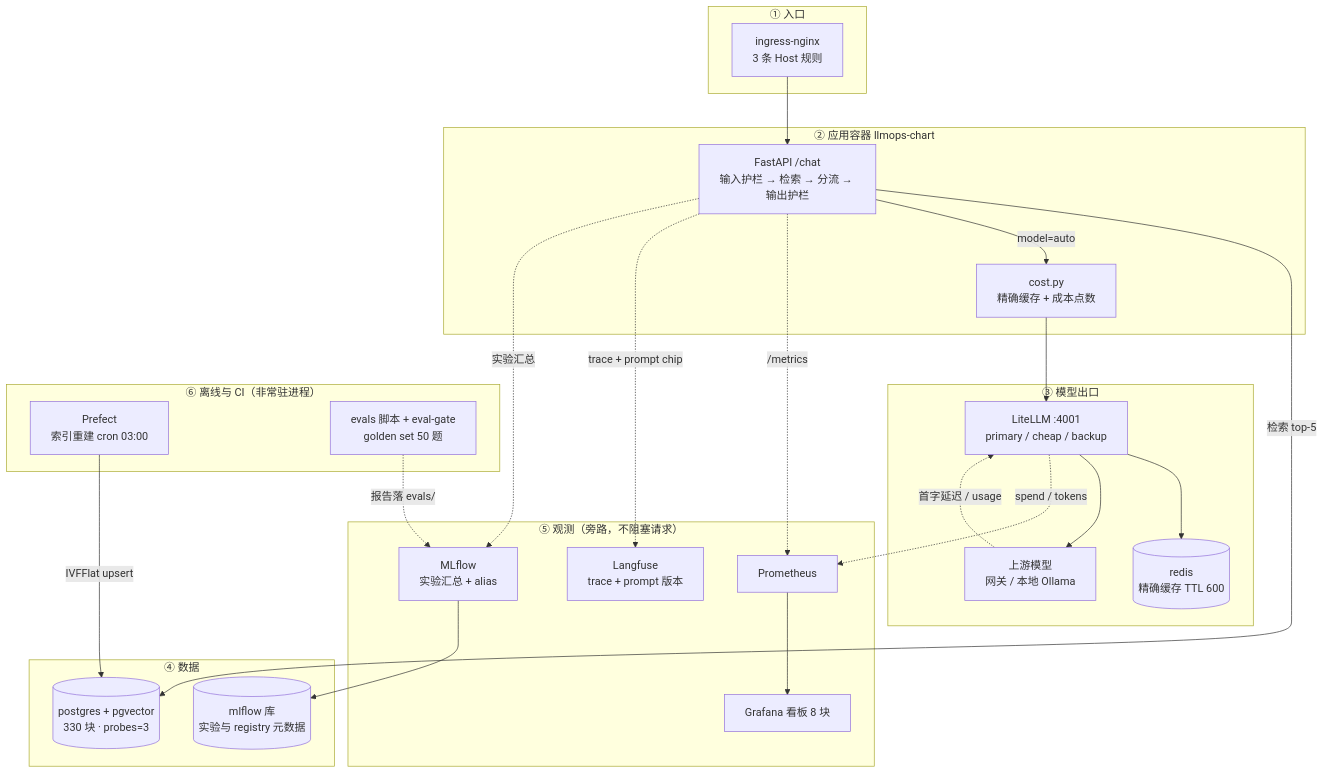
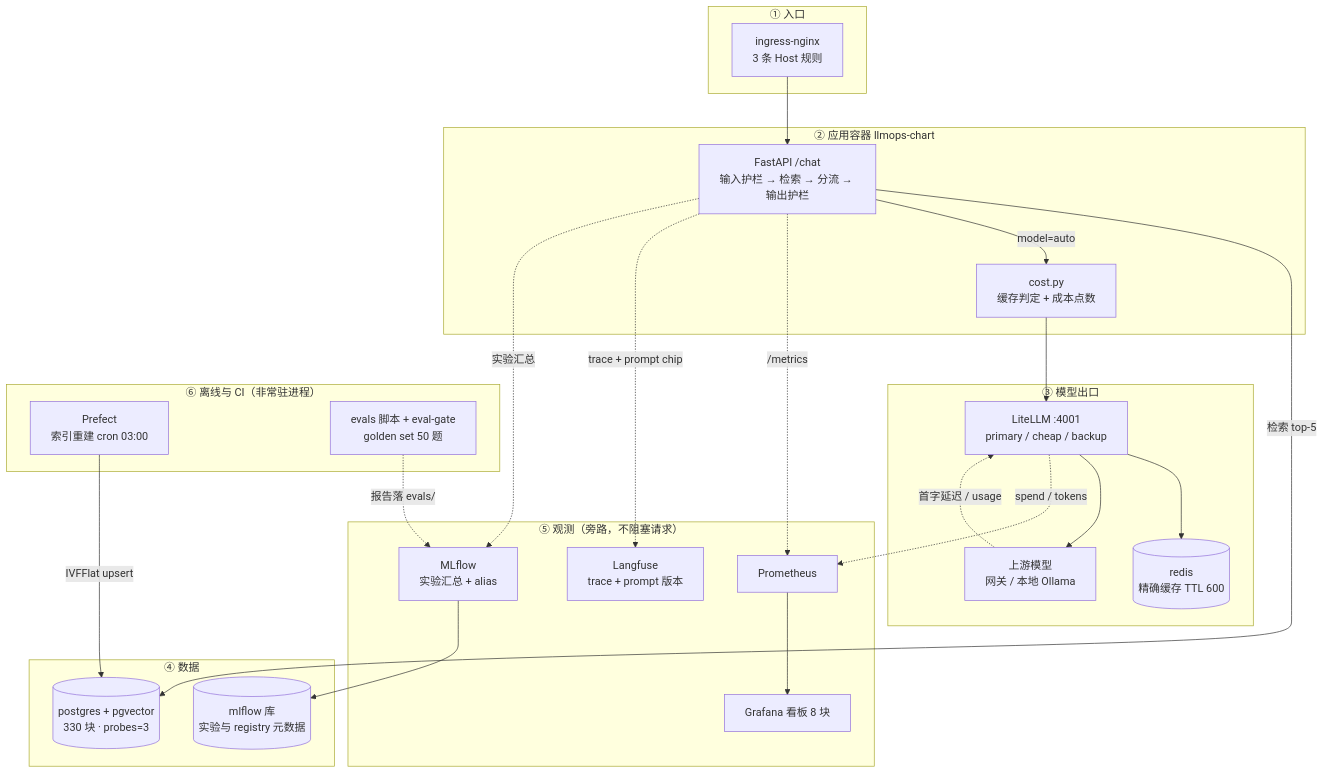
The second of 2 diagrams in docs/ARCHITECTURE.md (mantou2046/LLMOps-Engineer), drawn with Mermaid before and after one commit. The commit also changed other lines of this file and 2 other files, not shown here.

Commit message:
docs(w8d1): 架构图按目检修订 v4.1（决策拆表 D1-D8 / 主链路加重 / 旁路降淡 / 横排标签）

````diff
--- a/docs/ARCHITECTURE.md
+++ b/docs/ARCHITECTURE.md
@@ -52,50 +54,50 @@
 ```mermaid
 flowchart TB
   subgraph EDGE["① 入口"]
     ING["ingress-nginx<br/>3 条 Host 规则"]
   end
 
   subgraph APPC["② 应用容器 llmops-chart"]
     APP["FastAPI /chat<br/>输入护栏 → 检索 → 分流 → 输出护栏"]
-    COST["cost.py<br/>精确缓存 + 成本点数"]
+    COST["cost.py<br/>缓存判定 + 成本点数"]
   end
 
   subgraph GWC["③ 模型出口"]
     LL["LiteLLM :4001<br/>primary / cheap / backup"]
     RC[("redis<br/>精确缓存 TTL 600")]
     UP["上游模型<br/>网关 / 本地 Ollama"]
   end
 
   subgraph DATAC["④ 数据"]
     PG[("postgres + pgvector<br/>330 块 · probes=3")]
     MLF[("mlflow 库<br/>实验与 registry 元数据")]
   end
 
   subgraph OBSC["⑤ 观测（旁路，不阻塞请求）"]
     PR["Prometheus"]
     GF["Grafana 看板 8 块"]
     LF["Langfuse<br/>trace + prompt 版本"]
     ML["MLflow<br/>实验汇总 + alias"]
   end
 
   subgraph OFFC["⑥ 离线与 CI（非常驻进程）"]
     PREF["Prefect<br/>索引重建 cron 03:00"]
     EV["evals 脚本 + eval-gate<br/>golden set 50 题"]
   end
 
   ING --> APP
   APP -->|"检索 top-5"| PG
   APP -->|"model=auto"| COST
   COST --> LL
   LL --> RC
   LL --> UP
   APP -.->|"/metrics"| PR
   PR --> GF
   APP -.->|"trace + prompt chip"| LF
   APP -.->|"实验汇总"| ML
   ML --> MLF
   PREF -->|"IVFFlat upsert"| PG
   EV -.->|"报告落 evals/"| ML
   LL -.->|"spend / tokens"| PR
   UP -.->|"首字延迟 / usage"| LL
 ```
````
